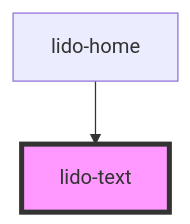
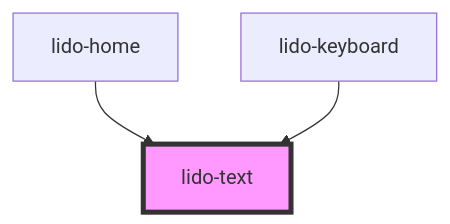
The diagram in src/components/text/readme.md (chimple/lido-player), drawn with Mermaid before and after one commit. The commit also changed other lines of this file and 13 other files, not shown here.

````diff
--- a/src/components/text/readme.md
+++ b/src/components/text/readme.md
@@ -53,5 +54,6 @@
 ```mermaid
 graph TD;
   lido-home --> lido-text
+  lido-keyboard --> lido-text
   style lido-text fill:#f9f,stroke:#333,stroke-width:4px
 ```
````
